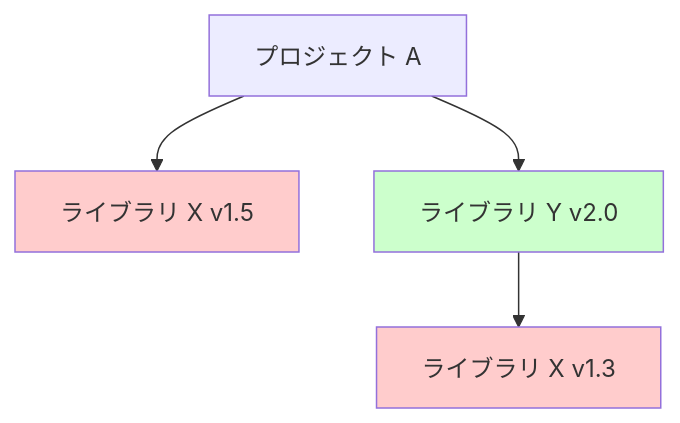
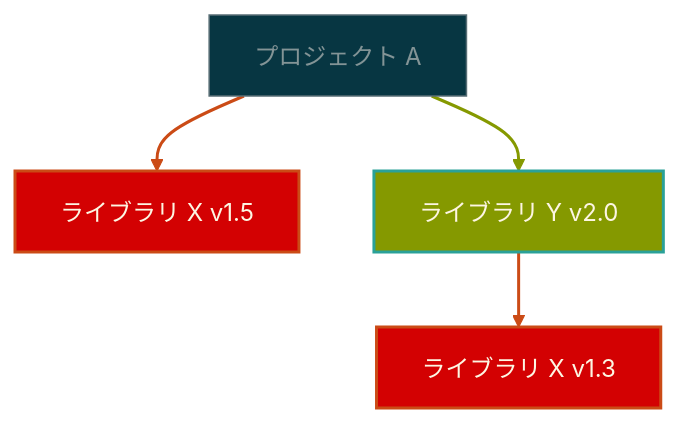
The diagram in posts/development/practices/semantic-versioning-evolution-and-philosophy.md (XIYO/ja-jp.posts), drawn with Mermaid before and after one commit.

Commit message:
feat: apply Solarized colors to Mermaid diagrams
- Use Solarized color scheme for better visibility
- Define custom styles for conflict/success/default states
- Add link styles for consistent appearance

````diff
--- a/posts/development/practices/semantic-versioning-evolution-and-philosophy.md
+++ b/posts/development/practices/semantic-versioning-evolution-and-philosophy.md
@@ -31,10 +31,20 @@
 ```mermaid
 graph TD
     A[プロジェクト A] --> X1[ライブラリ X v1.5]
     A --> Y[ライブラリ Y v2.0]
     Y --> X2[ライブラリ X v1.3]
     
-    style X1 fill:#ffcccc
-    style X2 fill:#ffcccc
-    style Y fill:#ccffcc
+    %% Solarized ベースのスタイル定義
+    classDef conflict fill:#d30102,stroke:#cb4b16,stroke-width:2px,color:#fdf6e3
+    classDef success fill:#859900,stroke:#2aa198,stroke-width:2px,color:#fdf6e3
+    classDef default fill:#073642,stroke:#586e75,stroke-width:1px,color:#839496
+    
+    class X1,X2 conflict
+    class Y success
+    class A default
+    
+    %% リンクスタイル定義
+    linkStyle 0 stroke:#cb4b16,stroke-width:2px
+    linkStyle 1 stroke:#859900,stroke-width:2px
+    linkStyle 2 stroke:#cb4b16,stroke-width:2px
 ```
````
